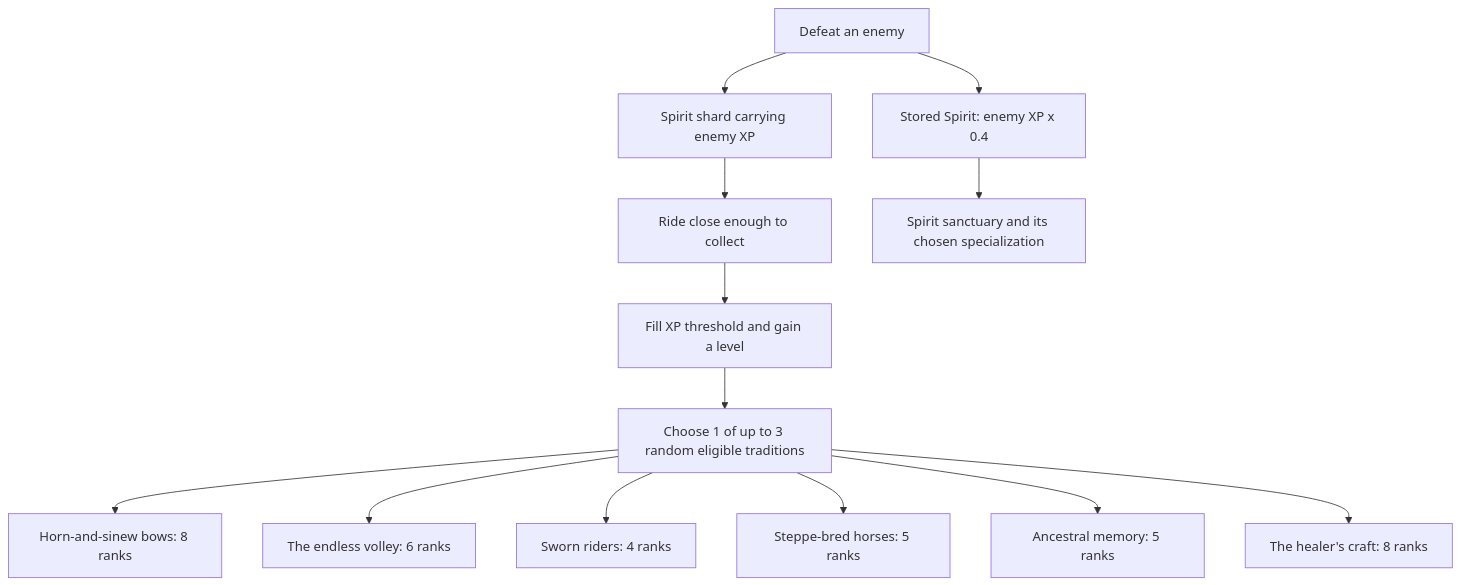
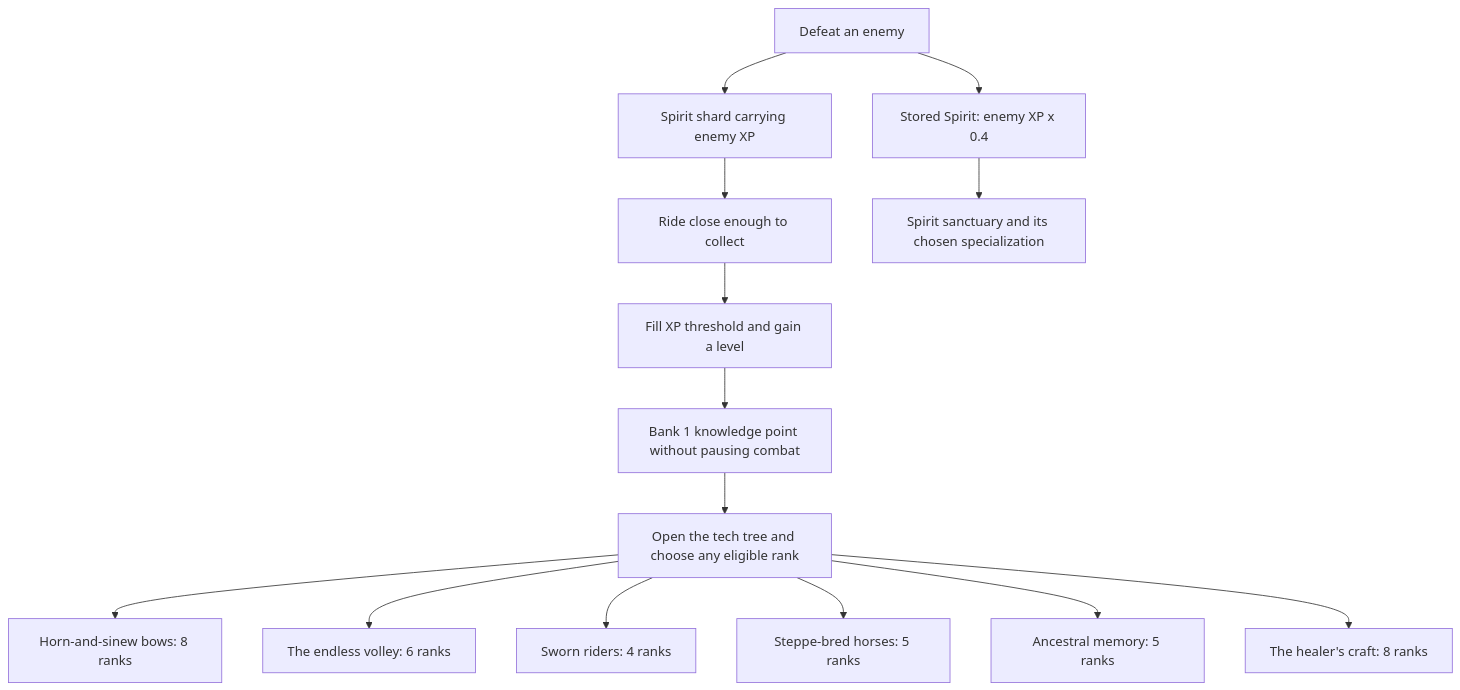
One commit to llee05/hordes-of-the-fallen-sky changed the first of 2 diagrams in docs/game-mechanics.md. Above: the diagram before and after it, drawn with Mermaid. The commit also changed other lines of this file and 23 other files, not shown here.

````diff
--- a/docs/game-mechanics.md
+++ b/docs/game-mechanics.md
@@ -73,15 +73,16 @@
 ```mermaid
 flowchart TD
     Enemy[Defeat an enemy] --> Shard[Spirit shard carrying enemy XP]
     Enemy --> Spirit[Stored Spirit: enemy XP x 0.4]
     Shard --> Collect[Ride close enough to collect]
     Collect --> Level[Fill XP threshold and gain a level]
-    Level --> Choice[Choose 1 of up to 3 random eligible traditions]
+    Level --> Points[Bank 1 knowledge point without pausing combat]
+    Points --> Choice[Open the tech tree and choose any eligible rank]
     Choice --> Power[Horn-and-sinew bows: 8 ranks]
     Choice --> Haste[The endless volley: 6 ranks]
     Choice --> Riders[Sworn riders: 4 ranks]
     Choice --> Speed[Steppe-bred horses: 5 ranks]
     Choice --> Pickup[Ancestral memory: 5 ranks]
     Choice --> Health[The healer's craft: 8 ranks]
     Spirit --> Sanctuary[Spirit sanctuary and its chosen specialization]
 ```
````
